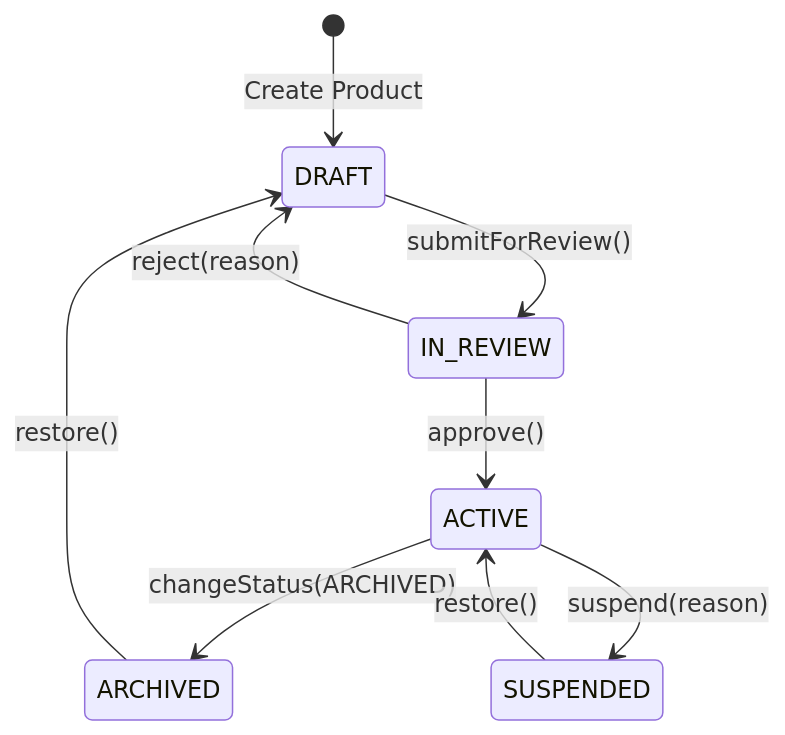
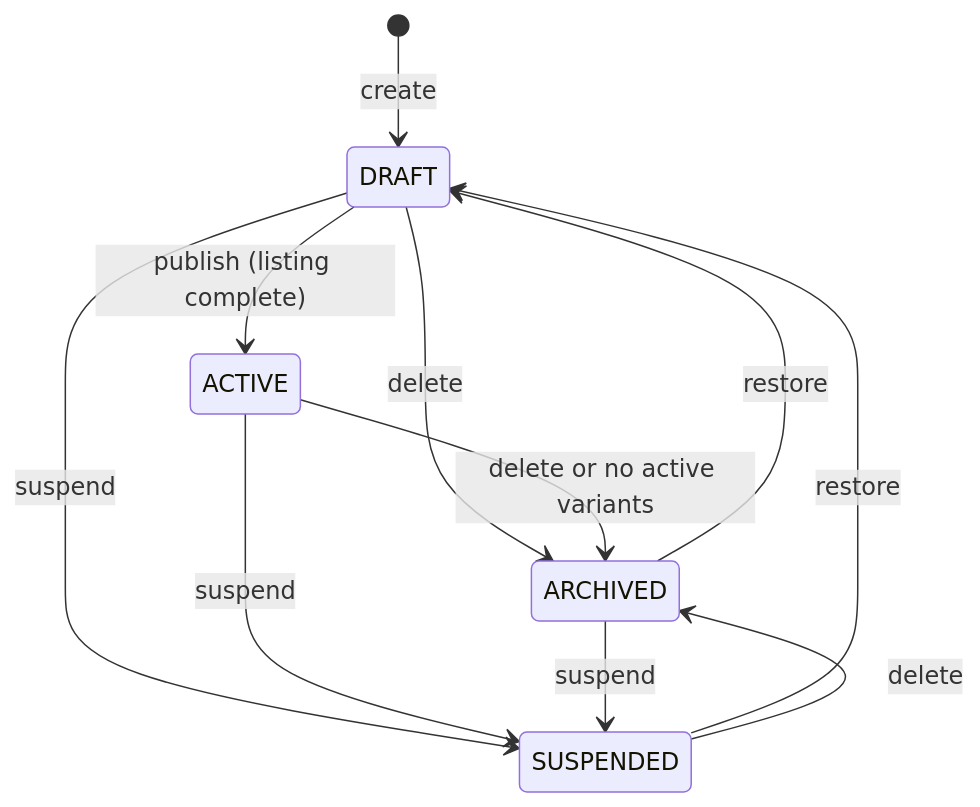
Before and after one commit to khinemyaezin/grab: the third of 3 diagrams in docs/spec/domain/catalog/architecture/product-domain-spec.md, drawn with Mermaid. The commit also changed other lines of this file and 47 other files, not shown here.

````diff
--- a/docs/spec/domain/catalog/architecture/product-domain-spec.md
+++ b/docs/spec/domain/catalog/architecture/product-domain-spec.md
@@ -154,11 +175,13 @@
 ```mermaid
 stateDiagram-v2
-    [*] --> DRAFT : Create Product
-    DRAFT --> IN_REVIEW : submitForReview()
-    IN_REVIEW --> ACTIVE : approve()
-    IN_REVIEW --> DRAFT : reject(reason)
-    ACTIVE --> ARCHIVED : changeStatus(ARCHIVED)
-    ACTIVE --> SUSPENDED : suspend(reason)
-    ARCHIVED --> DRAFT : restore()
-    SUSPENDED --> ACTIVE : restore()
+    [*] --> DRAFT : create
+    DRAFT --> ACTIVE : publish (listing complete)
+    DRAFT --> ARCHIVED : delete
+    DRAFT --> SUSPENDED : suspend
+    ACTIVE --> ARCHIVED : delete or no active variants
+    ACTIVE --> SUSPENDED : suspend
+    ARCHIVED --> DRAFT : restore
+    ARCHIVED --> SUSPENDED : suspend
+    SUSPENDED --> DRAFT : restore
+    SUSPENDED --> ARCHIVED : delete
 ```
````
